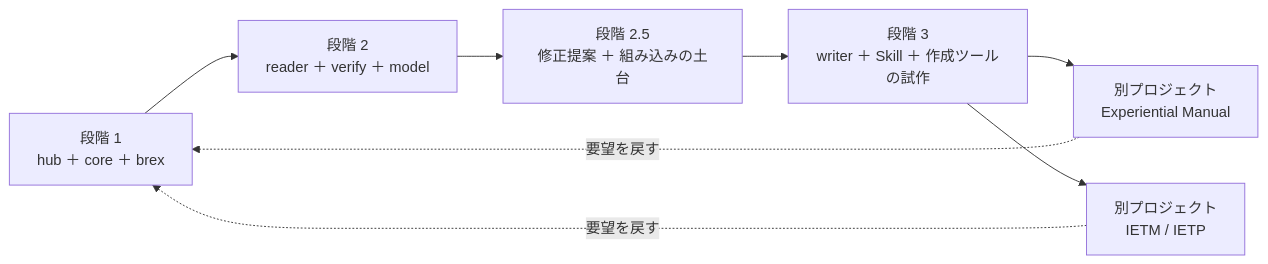
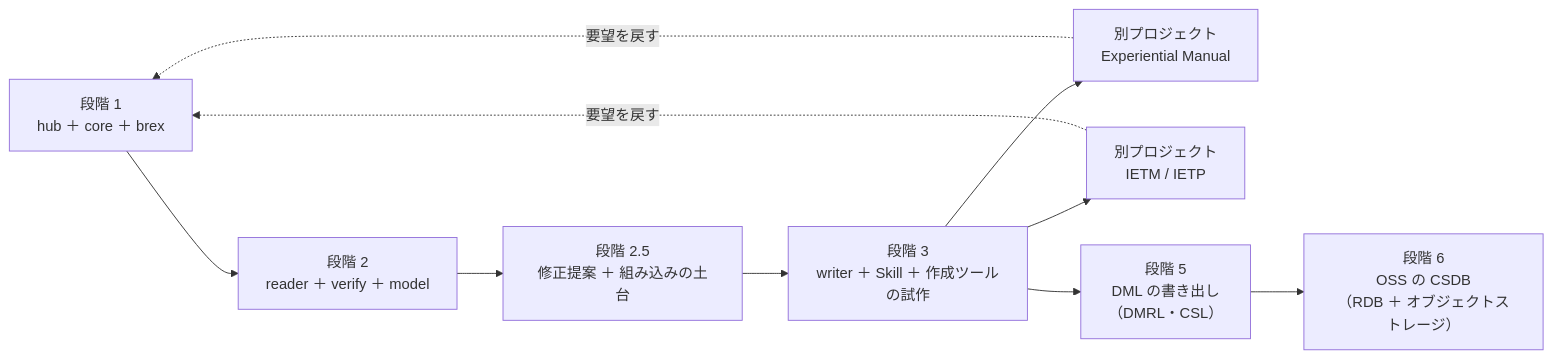
One commit to shuji-bonji/s1000d-stack changed the second of 5 diagrams in docs/ROADMAP.md. Above: the diagram before and after it, drawn with Mermaid. The commit also changed other lines of this file and 2 other files, not shown here.

First line of the commit message:
docs: 段階 5「DML の書き出し（DMRL・CSL）」と段階 6「OSS の CSDB」を ROADMAP に足し、設計文書 core-dml-writing.md と D-40・U-13 を書きました

````diff
--- a/docs/ROADMAP.md
+++ b/docs/ROADMAP.md
@@ -74,9 +77,11 @@
 ```mermaid
 flowchart LR
   S1["段階 1<br/>hub ＋ core ＋ brex"] --> S2["段階 2<br/>reader ＋ verify ＋ model"]
   S2 --> S25["段階 2.5<br/>修正提案 ＋ 組み込みの土台"]
   S25 --> S3["段階 3<br/>writer ＋ Skill ＋ 作成ツールの試作"]
   S3 --> XM["別プロジェクト<br/>Experiential Manual"]
   S3 --> IETP["別プロジェクト<br/>IETM / IETP"]
   XM & IETP -. 要望を戻す .-> S1
+  S3 --> S5["段階 5<br/>DML の書き出し<br/>（DMRL・CSL）"]
+  S5 --> S6["段階 6<br/>OSS の CSDB<br/>（RDB ＋ オブジェクトストレージ）"]
 ```
````
